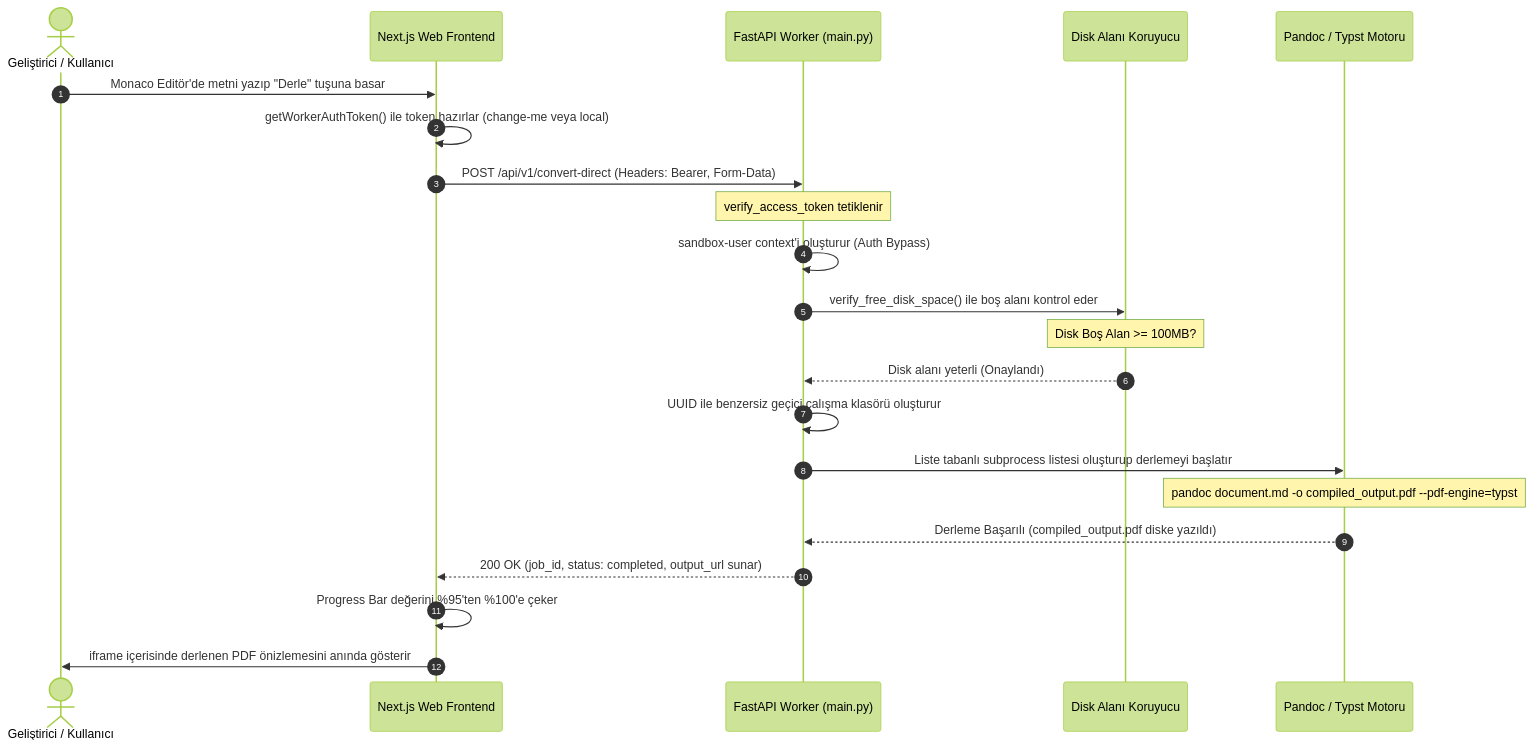
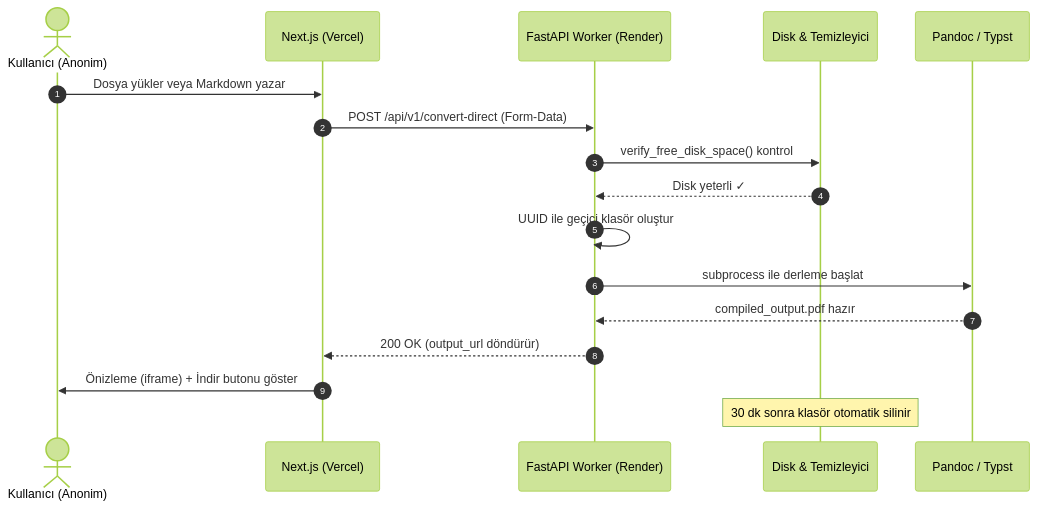
Before and after one commit to waldseelen/RunDoc: the diagram in ARCHITECTURE.md, drawn with Mermaid (forest theme). The commit also changed other lines of this file and 13 other files, not shown here.

````diff
--- a/ARCHITECTURE.md
+++ b/ARCHITECTURE.md
@@ -127,25 +96,20 @@
 ```mermaid
 sequenceDiagram
     autonumber
-    actor User as Geliştirici / Kullanıcı
-    participant Web as Next.js Web Frontend
-    participant API as FastAPI Worker (main.py)
-    participant Disk as Disk Alanı Koruyucu
-    participant Engine as Pandoc / Typst Motoru
+    actor User as Kullanıcı (Anonim)
+    participant Web as Next.js (Vercel)
+    participant API as FastAPI Worker (Render)
+    participant Disk as Disk & Temizleyici
+    participant Engine as Pandoc / Typst
 
-    User->>Web: Monaco Editör'de metni yazıp "Derle" tuşuna basar
-    Web->>Web: getWorkerAuthToken() ile token hazırlar (change-me veya local)
-    Web->>API: POST /api/v1/convert-direct (Headers: Bearer, Form-Data)
-    Note over API: verify_access_token tetiklenir
-    API->>API: sandbox-user context'i oluşturur (Auth Bypass)
-    API->>Disk: verify_free_disk_space() ile boş alanı kontrol eder
-    Note over Disk: Disk Boş Alan >= 100MB?
-    Disk-->>API: Disk alanı yeterli (Onaylandı)
-    API->>API: UUID ile benzersiz geçici çalışma klasörü oluşturur
-    API->>Engine: Liste tabanlı subprocess listesi oluşturup derlemeyi başlatır
-    Note over Engine: pandoc document.md -o compiled_output.pdf --pdf-engine=typst
-    Engine-->>API: Derleme Başarılı (compiled_output.pdf diske yazıldı)
-    API-->>Web: 200 OK (job_id, status: completed, output_url sunar)
-    Web->>Web: Progress Bar değerini %95'ten %100'e çeker
-    Web->>User: iframe içerisinde derlenen PDF önizlemesini anında gösterir
+    User->>Web: Dosya yükler veya Markdown yazar
+    Web->>API: POST /api/v1/convert-direct (Form-Data)
+    API->>Disk: verify_free_disk_space() kontrol
+    Disk-->>API: Disk yeterli ✓
+    API->>API: UUID ile geçici klasör oluştur
+    API->>Engine: subprocess ile derleme başlat
+    Engine-->>API: compiled_output.pdf hazır
+    API-->>Web: 200 OK (output_url döndürür)
+    Web->>User: Önizleme (iframe) + İndir butonu göster
+    Note over Disk: 30 dk sonra klasör otomatik silinir
 ```
````
